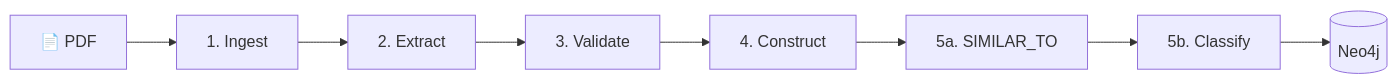
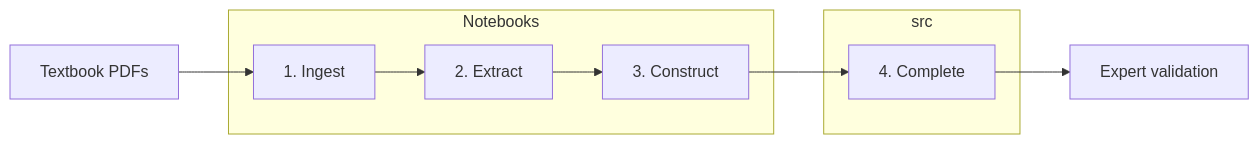
One commit to kemendikbud-kgc/llm-kg-completion changed the diagram in README.md. Above: the diagram before and after it, drawn with Mermaid. The commit also changed other lines of this file and 210 other files, not shown here.

````diff
--- a/README.md
+++ b/README.md
@@ -18,10 +9,16 @@
 ```mermaid
 flowchart LR
-    PDF[📄 PDF] --> A[1. Ingest]
+    PDF[Textbook PDFs] --> A[1. Ingest]
     A --> B[2. Extract]
-    B --> C[3. Validate]
-    C --> D[4. Construct]
-    D --> E[5a. SIMILAR_TO]
-    E --> F[5b. Classify]
-    F --> KG[(Neo4j)]
+    B --> C[3. Construct]
+    C --> D[4. Complete]
+    D --> E[Expert validation]
+    subgraph Notebooks
+      A
+      B
+      C
+    end
+    subgraph src
+      D
+    end
 ```
````
